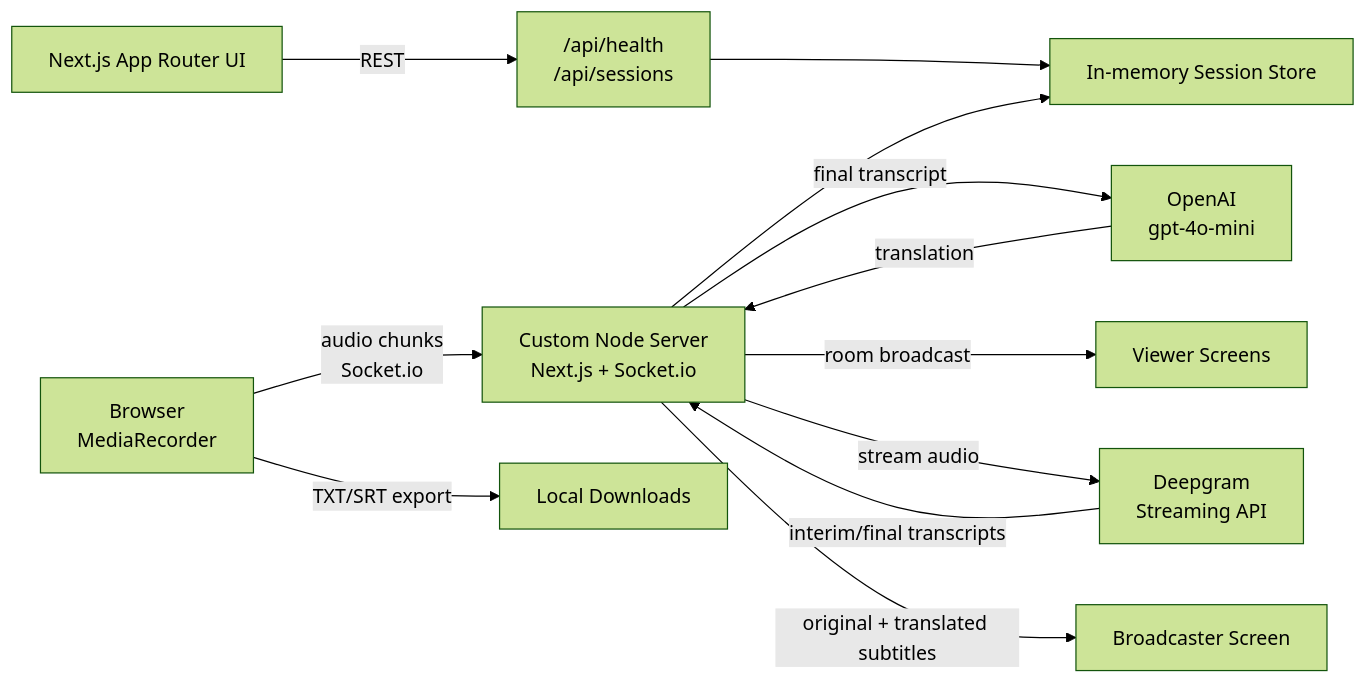
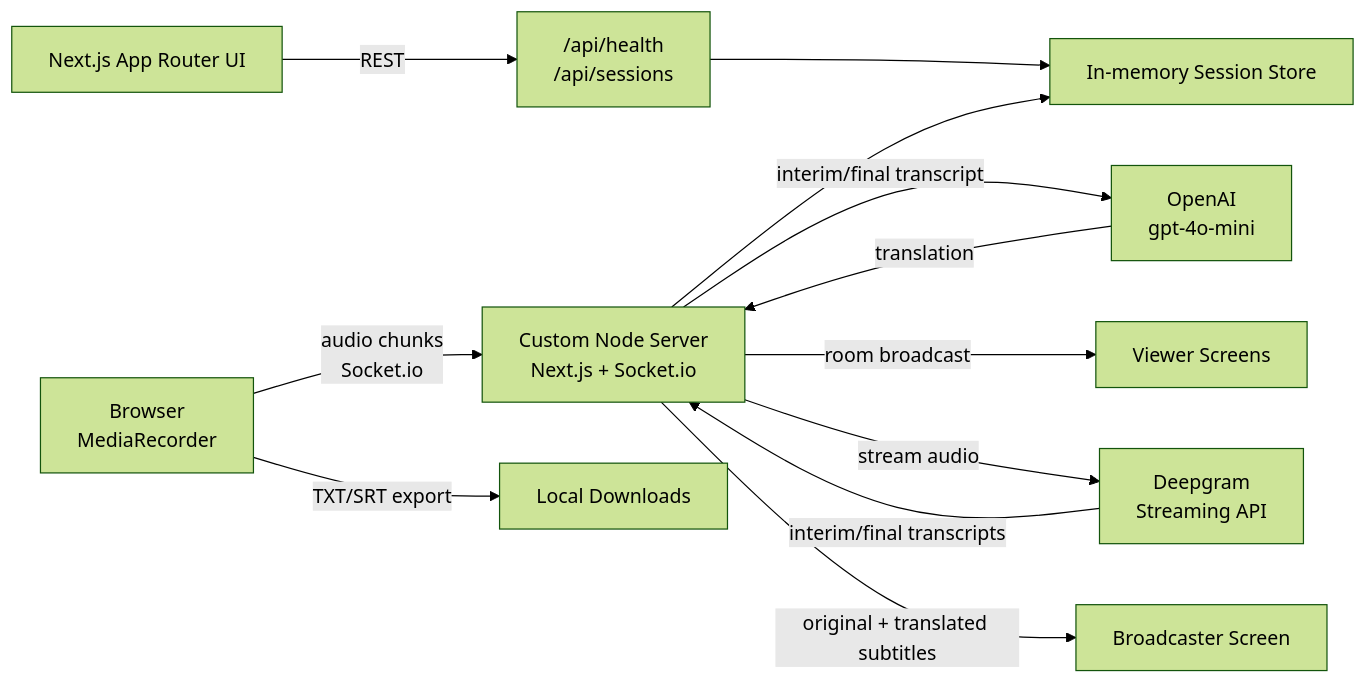
One commit to sarvarcoders/live-transcription-platform changed the diagram in README.md. Above: the diagram before and after it, drawn with Mermaid (forest theme). The commit also changed other lines of this file and 4 other files, not shown here.

````diff
--- a/README.md
+++ b/README.md
@@ -28,14 +28,14 @@
 ```mermaid
 flowchart LR
   Browser["Browser<br/>MediaRecorder"] -->|"audio chunks<br/>Socket.io"| Server["Custom Node Server<br/>Next.js + Socket.io"]
   Server -->|"stream audio"| Deepgram["Deepgram<br/>Streaming API"]
   Deepgram -->|"interim/final transcripts"| Server
-  Server -->|"final transcript"| OpenAI["OpenAI<br/>gpt-4o-mini"]
+  Server -->|"interim/final transcript"| OpenAI["OpenAI<br/>gpt-4o-mini"]
   OpenAI -->|"translation"| Server
   Server -->|"original + translated subtitles"| Broadcaster["Broadcaster Screen"]
   Server -->|"room broadcast"| Viewers["Viewer Screens"]
   UI["Next.js App Router UI"] -->|"REST"| API["/api/health<br/>/api/sessions"]
   API --> Sessions["In-memory Session Store"]
   Server --> Sessions
   Browser -->|"TXT/SRT export"| Files["Local Downloads"]
 ```
````
